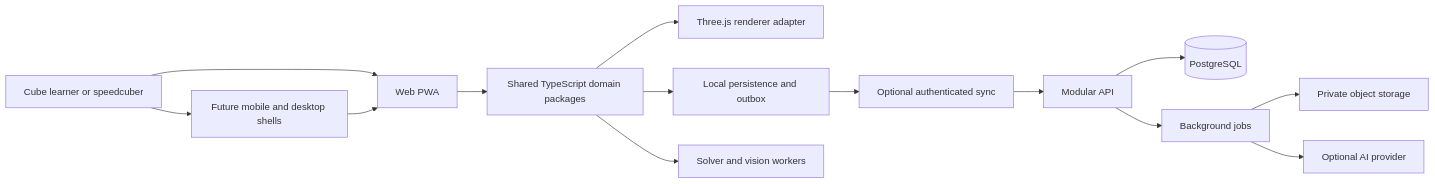
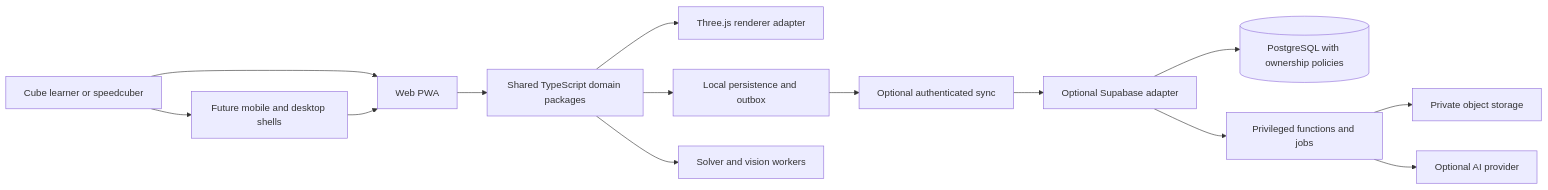
The diagram in docs/architecture/README.md (RahulSinghParmar/the-cube), drawn with Mermaid before and after one commit. The commit also changed other lines of this file and 11 other files, not shown here.

Commit message:
docs: revise platform architecture and phased build guide

````diff
--- a/docs/architecture/README.md
+++ b/docs/architecture/README.md
@@ -17,16 +17,16 @@
 ```mermaid
 flowchart LR
   User[Cube learner or speedcuber] --> Web[Web PWA]
   User --> Native[Future mobile and desktop shells]
   Native --> Web
   Web --> Domain[Shared TypeScript domain packages]
   Domain --> Render[Three.js renderer adapter]
   Domain --> Local[Local persistence and outbox]
   Domain --> Worker[Solver and vision workers]
   Local --> Sync[Optional authenticated sync]
-  Sync --> API[Modular API]
-  API --> DB[(PostgreSQL)]
-  API --> Jobs[Background jobs]
+  Sync --> API[Optional Supabase adapter]
+  API --> DB[(PostgreSQL with ownership policies)]
+  API --> Jobs[Privileged functions and jobs]
   Jobs --> Assets[Private object storage]
   Jobs --> Coach[Optional AI provider]
 ```
````
